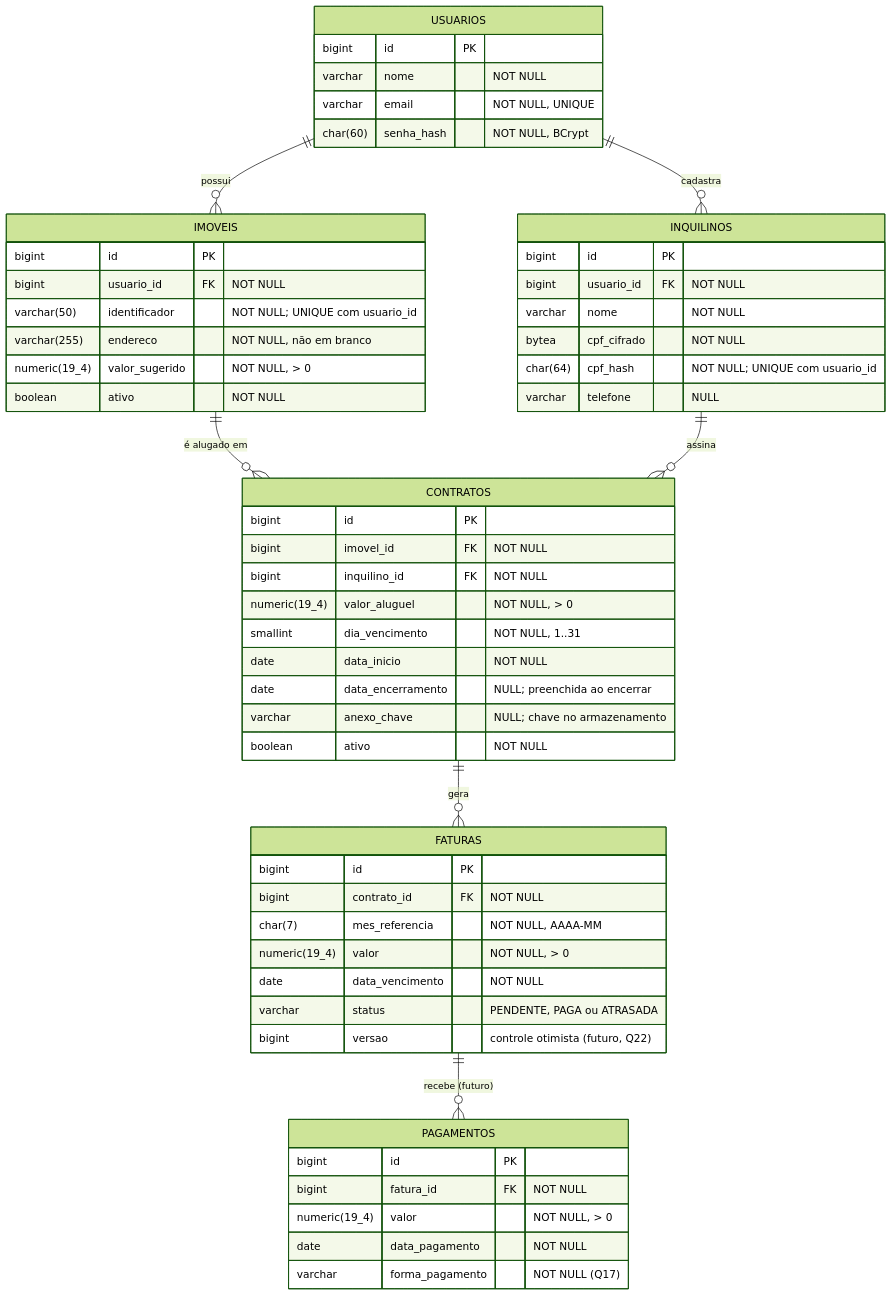
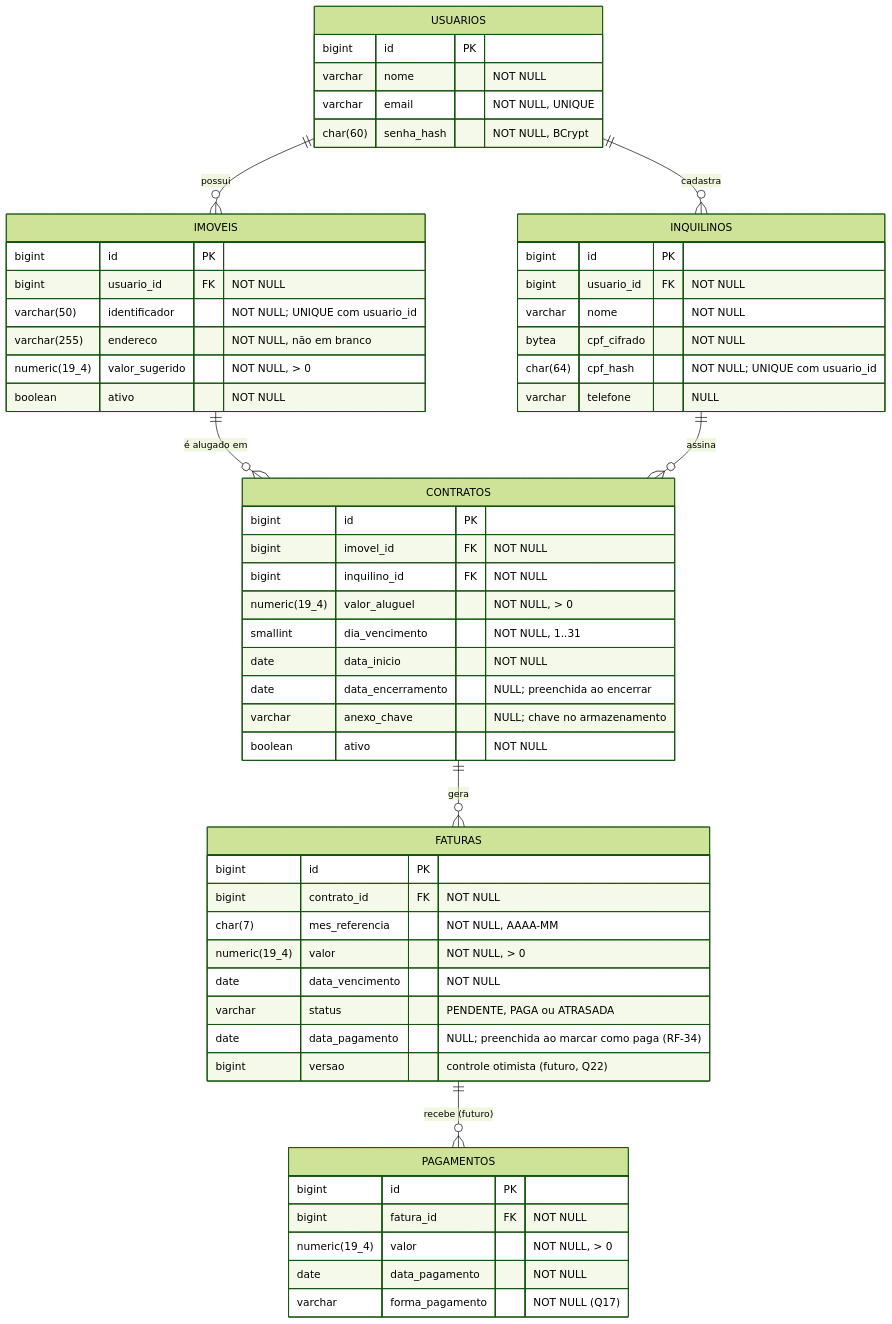
Before and after one commit to mardenrafael/habitattio: the diagram in docs/requisitos-e-der.md, drawn with Mermaid (forest theme). The commit also changed other lines of this file, not shown here.

Commit message:
docs(requisitos): data_pagamento fica em faturas enquanto pagamentos estão fora do escopo

````diff
--- a/docs/requisitos-e-der.md
+++ b/docs/requisitos-e-der.md
@@ -126,59 +126,60 @@
 ```mermaid
 erDiagram
     USUARIOS ||--o{ IMOVEIS : "possui"
     USUARIOS ||--o{ INQUILINOS : "cadastra"
     IMOVEIS ||--o{ CONTRATOS : "é alugado em"
     INQUILINOS ||--o{ CONTRATOS : "assina"
     CONTRATOS ||--o{ FATURAS : "gera"
     FATURAS ||--o{ PAGAMENTOS : "recebe (futuro)"
 
     USUARIOS {
         bigint id PK
         varchar nome "NOT NULL"
         varchar email "NOT NULL, UNIQUE"
         char(60) senha_hash "NOT NULL, BCrypt"
     }
     IMOVEIS {
         bigint id PK
         bigint usuario_id FK "NOT NULL"
         varchar(50) identificador "NOT NULL; UNIQUE com usuario_id"
         varchar(255) endereco "NOT NULL, não em branco"
         numeric(19_4) valor_sugerido "NOT NULL, > 0"
         boolean ativo "NOT NULL"
     }
     INQUILINOS {
         bigint id PK
         bigint usuario_id FK "NOT NULL"
         varchar nome "NOT NULL"
         bytea cpf_cifrado "NOT NULL"
         char(64) cpf_hash "NOT NULL; UNIQUE com usuario_id"
         varchar telefone "NULL"
     }
     CONTRATOS {
         bigint id PK
         bigint imovel_id FK "NOT NULL"
         bigint inquilino_id FK "NOT NULL"
         numeric(19_4) valor_aluguel "NOT NULL, > 0"
         smallint dia_vencimento "NOT NULL, 1..31"
         date data_inicio "NOT NULL"
         date data_encerramento "NULL; preenchida ao encerrar"
         varchar anexo_chave "NULL; chave no armazenamento"
         boolean ativo "NOT NULL"
     }
     FATURAS {
         bigint id PK
         bigint contrato_id FK "NOT NULL"
         char(7) mes_referencia "NOT NULL, AAAA-MM"
         numeric(19_4) valor "NOT NULL, > 0"
         date data_vencimento "NOT NULL"
         varchar status "PENDENTE, PAGA ou ATRASADA"
+        date data_pagamento "NULL; preenchida ao marcar como paga (RF-34)"
         bigint versao "controle otimista (futuro, Q22)"
     }
     PAGAMENTOS {
         bigint id PK
         bigint fatura_id FK "NOT NULL"
         numeric(19_4) valor "NOT NULL, > 0"
         date data_pagamento "NOT NULL"
         varchar forma_pagamento "NOT NULL (Q17)"
     }
 ```
````
